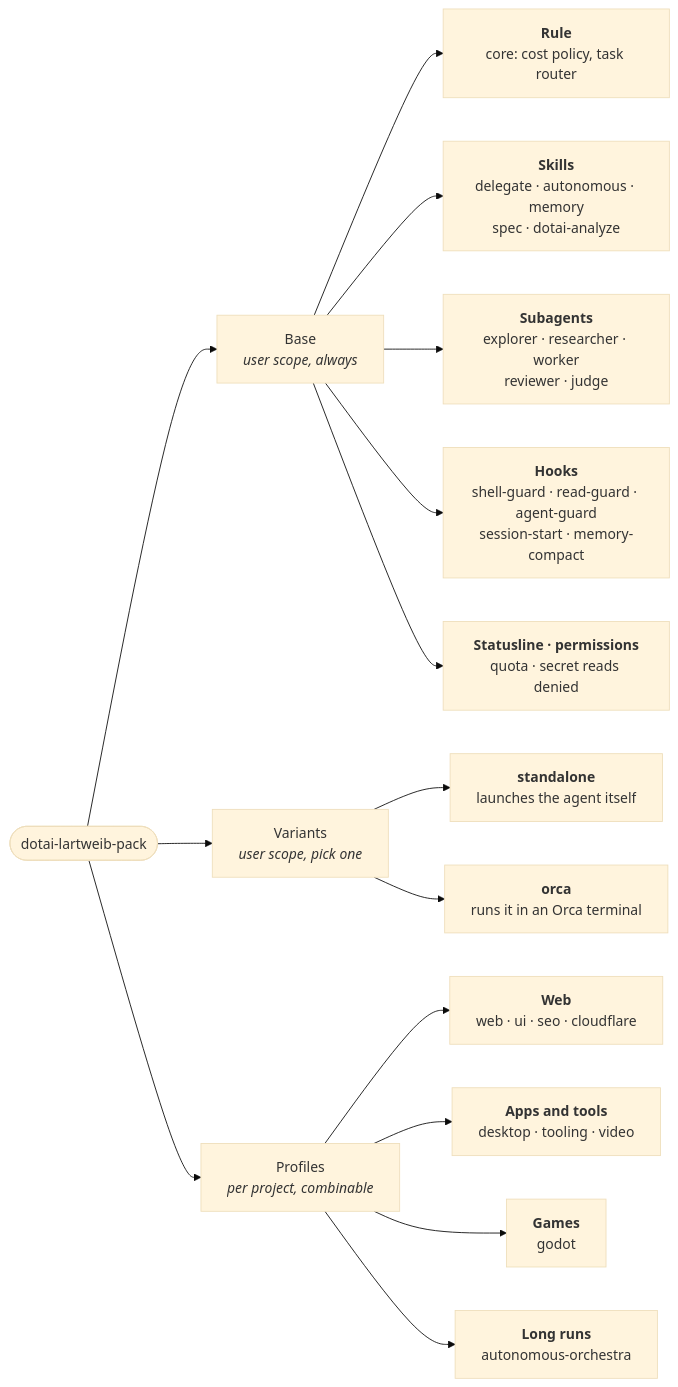
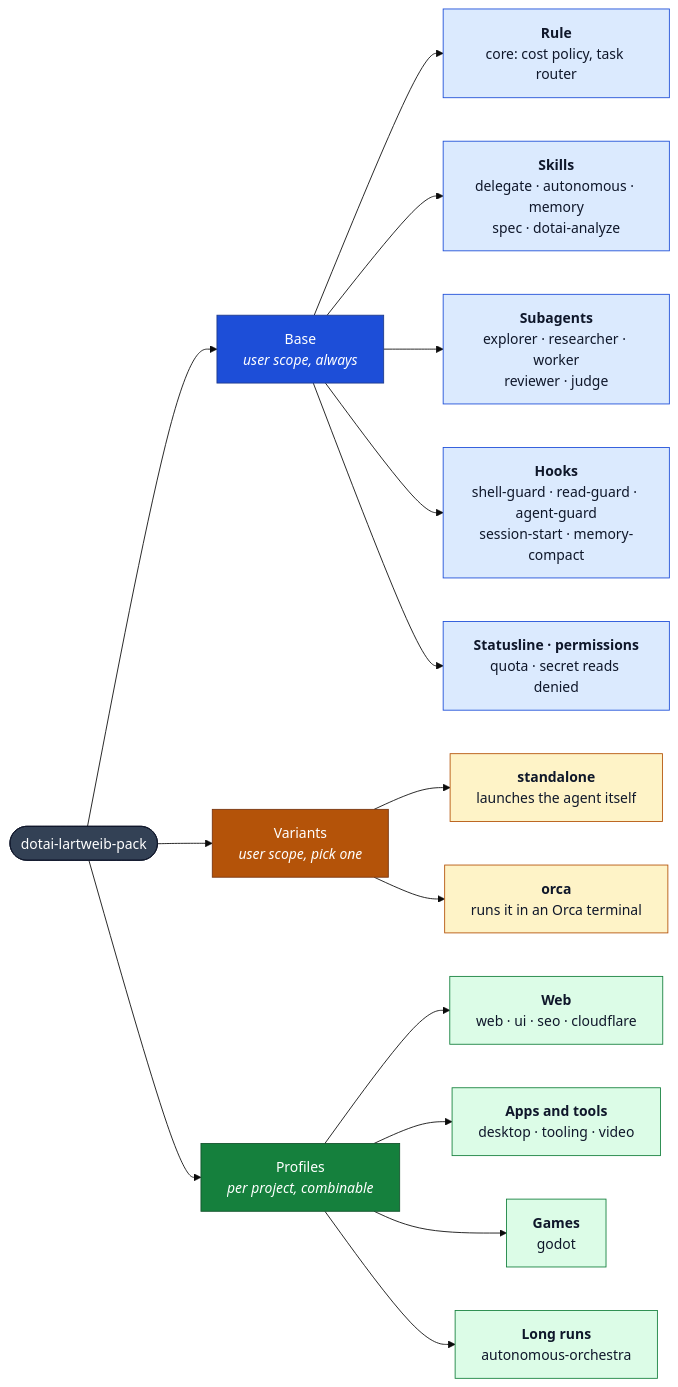
Before and after one commit to Lartweib/dotai-lartweib-pack: the diagram in README.md, drawn with Mermaid (base theme).

Commit message:
docs(readme): color the pack diagram by layer

````diff
--- a/README.md
+++ b/README.md
@@ -26,22 +26,38 @@
 ```mermaid
 flowchart LR
   P(["dotai-lartweib-pack"])
 
   P --> B["Base<br/><i>user scope, always</i>"]
   P --> V["Variants<br/><i>user scope, pick one</i>"]
   P --> F["Profiles<br/><i>per project, combinable</i>"]
 
   B --> BR["<b>Rule</b><br/>core: cost policy, task router"]
   B --> BS["<b>Skills</b><br/>delegate · autonomous · memory<br/>spec · dotai-analyze"]
   B --> BA["<b>Subagents</b><br/>explorer · researcher · worker<br/>reviewer · judge"]
   B --> BH["<b>Hooks</b><br/>shell-guard · read-guard · agent-guard<br/>session-start · memory-compact"]
   B --> BX["<b>Statusline · permissions</b><br/>quota · secret reads denied"]
 
   V --> VS["<b>standalone</b><br/>launches the agent itself"]
   V --> VO["<b>orca</b><br/>runs it in an Orca terminal"]
 
   F --> FW["<b>Web</b><br/>web · ui · seo · cloudflare"]
   F --> FA["<b>Apps and tools</b><br/>desktop · tooling · video"]
   F --> FG["<b>Games</b><br/>godot"]
   F --> FO["<b>Long runs</b><br/>autonomous-orchestra"]
+
+  classDef pack fill:#334155,stroke:#0f172a,color:#ffffff
+  classDef base fill:#1d4ed8,stroke:#1e3a8a,color:#ffffff
+  classDef baseItem fill:#dbeafe,stroke:#1d4ed8,color:#0f172a
+  classDef variant fill:#b45309,stroke:#78350f,color:#ffffff
+  classDef variantItem fill:#fef3c7,stroke:#b45309,color:#0f172a
+  classDef profile fill:#15803d,stroke:#14532d,color:#ffffff
+  classDef profileItem fill:#dcfce7,stroke:#15803d,color:#0f172a
+
+  class P pack
+  class B base
+  class BR,BS,BA,BH,BX baseItem
+  class V variant
+  class VS,VO variantItem
+  class F profile
+  class FW,FA,FG,FO profileItem
 ```
````
